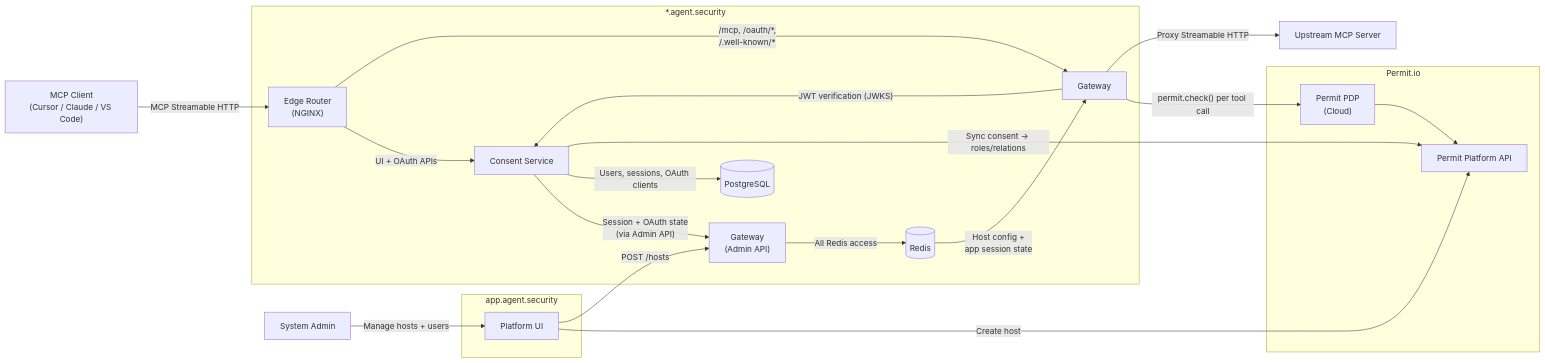
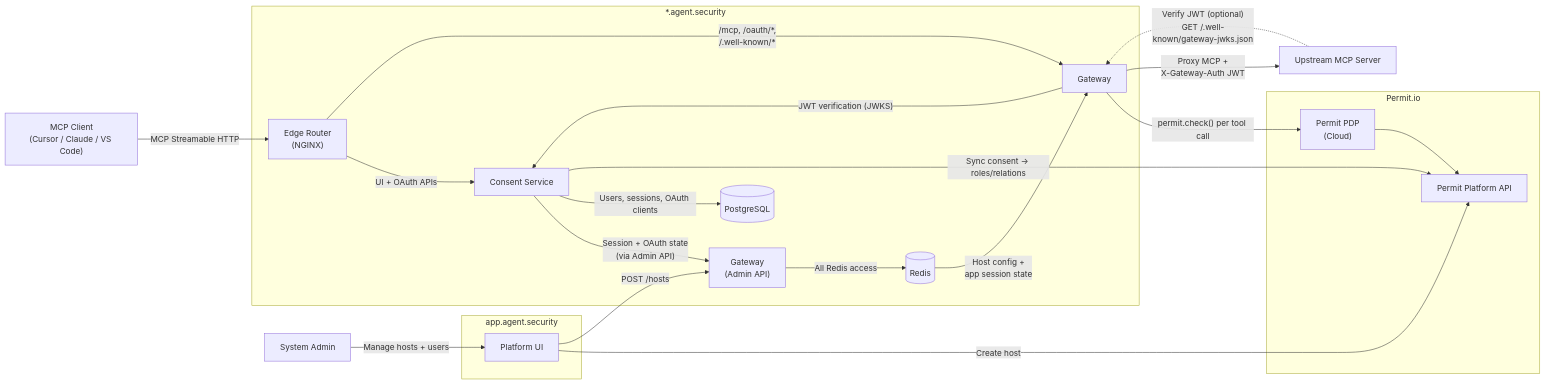
One commit to permitio/docs changed the second of 9 diagrams in docs/permit-mcp-gateway/architecture.mdx. Above: the diagram before and after it, drawn with Mermaid. The commit also changed other lines of this file, not shown here.

First line of the commit message:
Document gateway JWT for upstream MCP server authentication (#623)

````diff
--- a/docs/permit-mcp-gateway/architecture.mdx
+++ b/docs/permit-mcp-gateway/architecture.mdx
@@ -76,45 +76,46 @@
 ```mermaid
 flowchart LR
   Client["MCP Client<br/>(Cursor / Claude / VS Code)"]
   Admin["System Admin"]
 
   subgraph Tenant["*.agent.security"]
     Edge["Edge Router<br/>(NGINX)"]
     GW["Gateway"]
     GWAdmin["Gateway<br/>(Admin API)"]
     CS["Consent Service"]
     PG[(PostgreSQL)]
     REDIS[(Redis)]
   end
 
   subgraph Permit["Permit.io"]
     PermitPDP["Permit PDP<br/>(Cloud)"]
     PermitAPI["Permit Platform API"]
     PermitPDP --> PermitAPI
   end
 
   subgraph Platform["app.agent.security"]
     PlatformUI["Platform UI"]
   end
 
   Admin -->|"Manage hosts + users"| PlatformUI
   PlatformUI -->|"Create host"| PermitAPI
   PlatformUI -->|"POST /hosts"| GWAdmin
 
   Client -- "MCP Streamable HTTP" --> Edge
   Edge -- "UI + OAuth APIs" --> CS
   Edge -- "/mcp, /oauth/*,<br/>/.well-known/*" --> GW
 
   GWAdmin -->|"All Redis access"| REDIS
   CS -->|"Session + OAuth state<br/>(via Admin API)"| GWAdmin
   REDIS -->|"Host config +<br/>app session state"| GW
 
   CS -- "Users, sessions, OAuth clients" --> PG
   GW -- "JWT verification (JWKS)" --> CS
   GW -- "permit.check() per tool call" --> PermitPDP
   CS -->|"Sync consent → roles/relations"| PermitAPI
 
-  GW -- "Proxy Streamable HTTP" --> Upstream
+  GW -- "Proxy MCP +<br/>X-Gateway-Auth JWT" --> Upstream
+  Upstream -.->|"Verify JWT (optional)<br/>GET /.well-known/gateway-jwks.json"| GW
 
   Upstream["Upstream MCP Server"]
 ```
````
